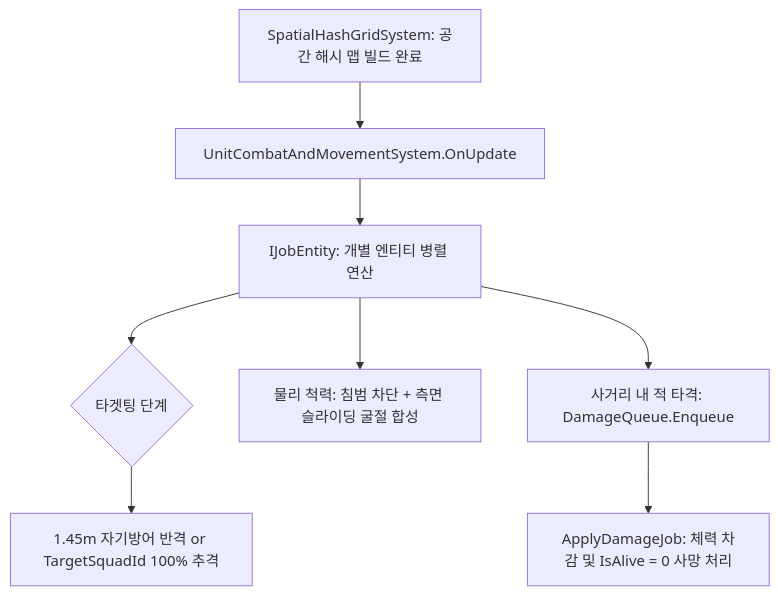
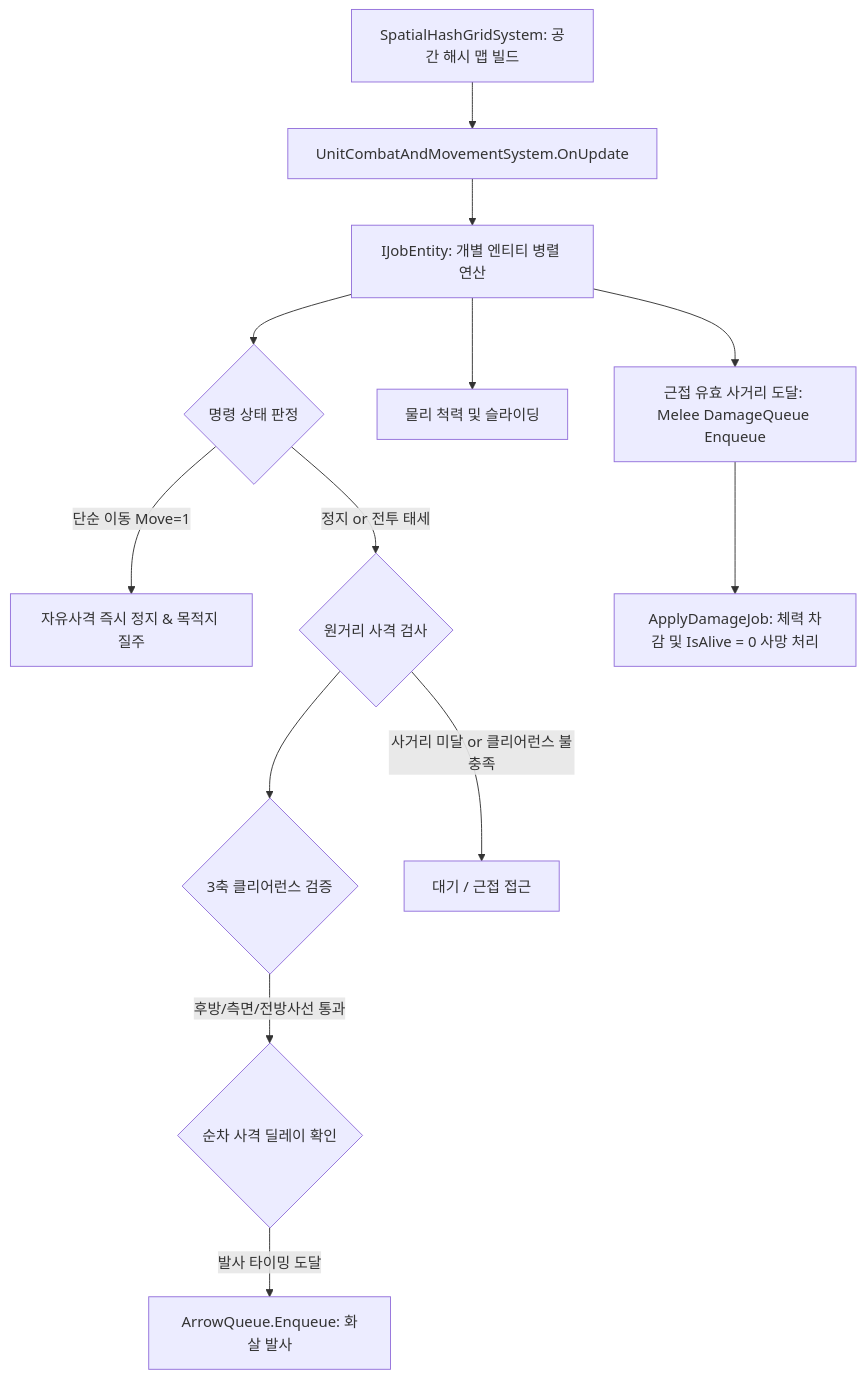
The diagram in Docs/UnitCombatAndMovementSystem.md (rbdud1216-source/MiniTotalWar2D), drawn with Mermaid before and after one commit. The commit also changed other lines of this file and 15 other files, not shown here.

````diff
--- a/Docs/UnitCombatAndMovementSystem.md
+++ b/Docs/UnitCombatAndMovementSystem.md
@@ -63,10 +70,15 @@
 ```mermaid
 flowchart TD
-    A[SpatialHashGridSystem: 공간 해시 맵 빌드 완료] --> B[UnitCombatAndMovementSystem.OnUpdate]
+    A[SpatialHashGridSystem: 공간 해시 맵 빌드] --> B[UnitCombatAndMovementSystem.OnUpdate]
     B --> C[IJobEntity: 개별 엔티티 병렬 연산]
-    C --> D{타겟팅 단계}
-    D --> E[1.45m 자기방어 반격 or TargetSquadId 100% 추격]
-    C --> F[물리 척력: 침범 차단 + 측면 슬라이딩 굴절 합성]
-    C --> G[사거리 내 적 타격: DamageQueue.Enqueue]
-    G --> H[ApplyDamageJob: 체력 차감 및 IsAlive = 0 사망 처리]
+    C --> D{명령 상태 판정}
+    D -->|단순 이동 Move=1| E[자유사격 즉시 정지 & 목적지 질주]
+    D -->|정지 or 전투 태세| F{원거리 사격 검사}
+    F --> G{3축 클리어런스 검증}
+    G -->|후방/측면/전방사선 통과| H{순차 사격 딜레이 확인}
+    H -->|발사 타이밍 도달| I[ArrowQueue.Enqueue: 화살 발사]
+    F -->|사거리 미달 or 클리어런스 불충족| J[대기 / 근접 접근]
+    C --> K[물리 척력 및 슬라이딩]
+    C --> L[근접 유효 사거리 도달: Melee DamageQueue Enqueue]
+    L --> M[ApplyDamageJob: 체력 차감 및 IsAlive = 0 사망 처리]
 ```
````
